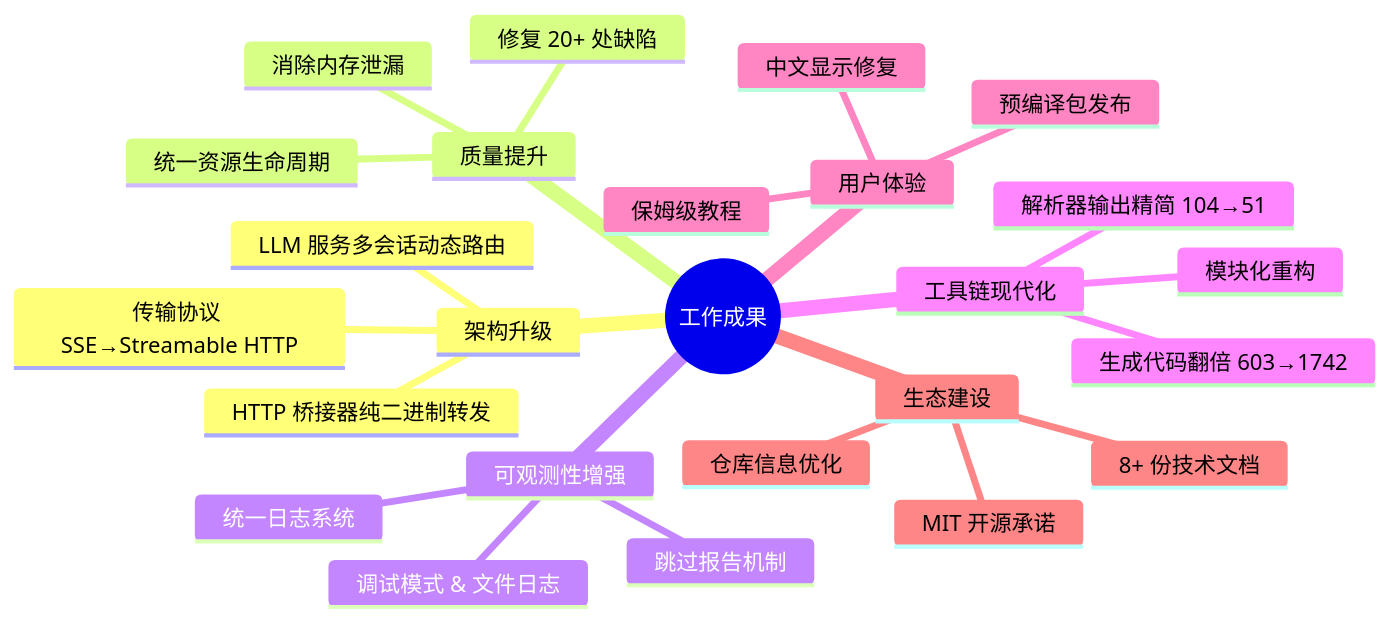
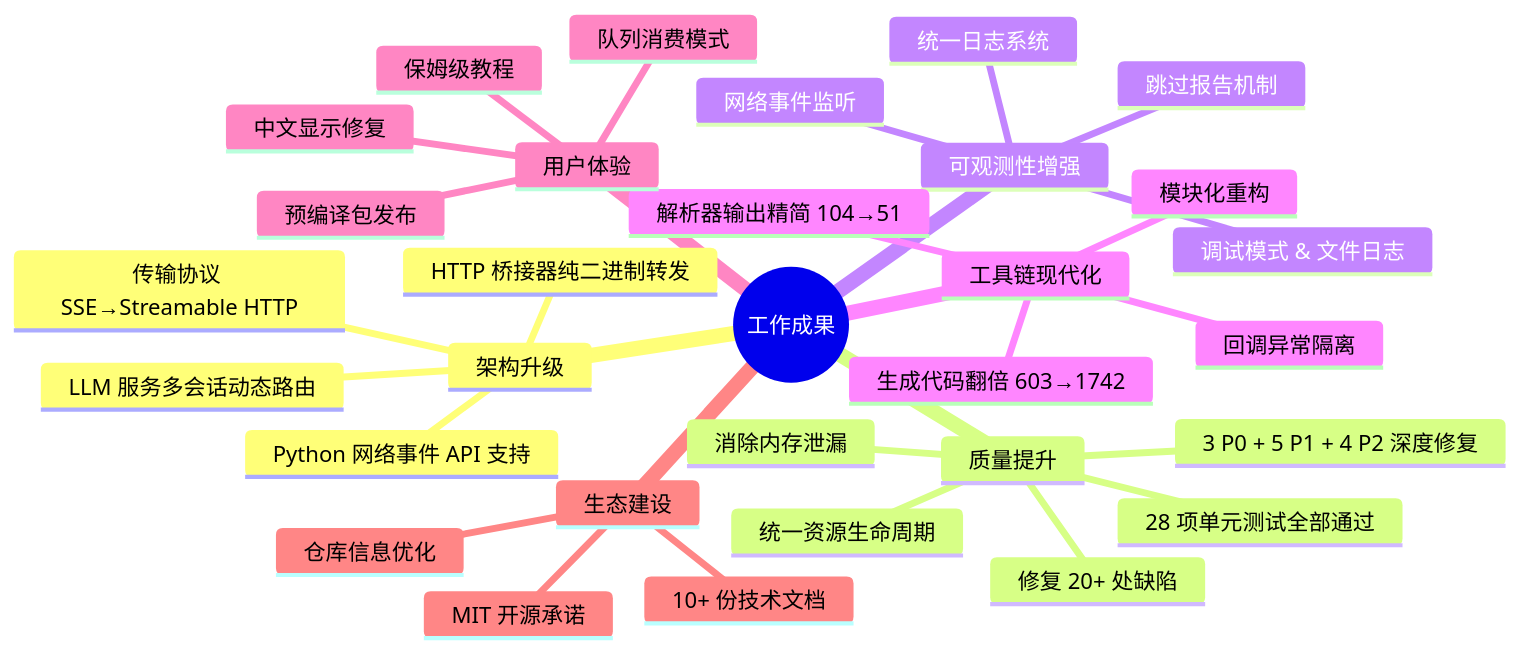
Diagram 19 of 20 in Py/LingoFuse_Python_Binding_Migration_Record.md (PassByYou888/LingoFuse), drawn with Mermaid before and after one commit. The commit also changed other lines of this file, not shown here.

````diff
--- a/Py/LingoFuse_Python_Binding_Migration_Record.md
+++ b/Py/LingoFuse_Python_Binding_Migration_Record.md
@@ -714,28 +991,34 @@
 ```mermaid
 mindmap
   root((工作成果))
     架构升级
       LLM 服务多会话动态路由
       HTTP 桥接器纯二进制转发
       传输协议 SSE→Streamable HTTP
+      Python 网络事件 API 支持
     质量提升
       修复 20+ 处缺陷
       消除内存泄漏
       统一资源生命周期
+      3 P0 + 5 P1 + 4 P2 深度修复
+      28 项单元测试全部通过
     可观测性增强
       统一日志系统
       调试模式 & 文件日志
       跳过报告机制
+      网络事件监听
     工具链现代化
       解析器输出精简 104→51
       生成代码翻倍 603→1742
       模块化重构
+      回调异常隔离
     用户体验
       预编译包发布
       保姆级教程
       中文显示修复
+      队列消费模式
     生态建设
-      8+ 份技术文档
+      10+ 份技术文档
       仓库信息优化
       MIT 开源承诺
 ```
````
